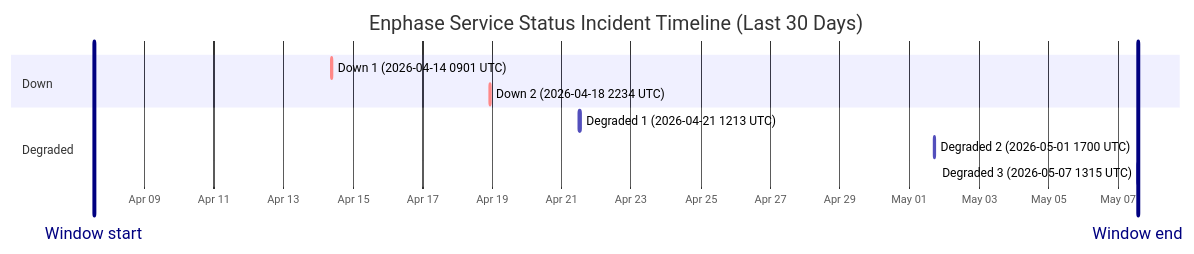
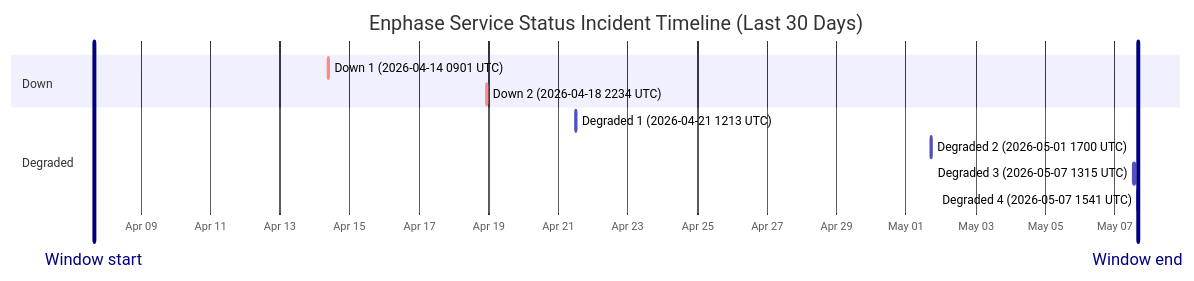
The diagram in wiki/Service-Status-History.md (barneyonline/ha-enphase-ev-charger), drawn with Mermaid before and after one commit. The commit also changed other lines of this file and 3 other files, not shown here.

````diff
--- a/wiki/Service-Status-History.md
+++ b/wiki/Service-Status-History.md
@@ -14,15 +14,16 @@
 ```mermaid
 gantt
     title Enphase Service Status Incident Timeline (Last 30 Days)
     dateFormat  YYYY-MM-DDTHH:mm:ss
     axisFormat  %b %d
-    Window start :vert, window-start, 2026-04-07T13:15:25, 0ms
-    Window end :vert, window-end, 2026-05-07T13:15:25, 0ms
+    Window start :vert, window-start, 2026-04-07T15:41:58, 0ms
+    Window end :vert, window-end, 2026-05-07T15:41:58, 0ms
     section Down
     Down 1 (2026-04-14 0901 UTC) :crit, down-1, 2026-04-14T09:01:13, 60m
     Down 2 (2026-04-18 2234 UTC) :crit, down-2, 2026-04-18T22:34:13, 60m
     section Degraded
     Degraded 1 (2026-04-21 1213 UTC) :active, degraded-1, 2026-04-21T12:13:11, 60m
     Degraded 2 (2026-05-01 1700 UTC) :active, degraded-2, 2026-05-01T17:00:22, 60m
     Degraded 3 (2026-05-07 1315 UTC) :active, degraded-3, 2026-05-07T13:15:25, 60m
+    Degraded 4 (2026-05-07 1541 UTC) :active, degraded-4, 2026-05-07T15:41:58, 60m
 ```
````
